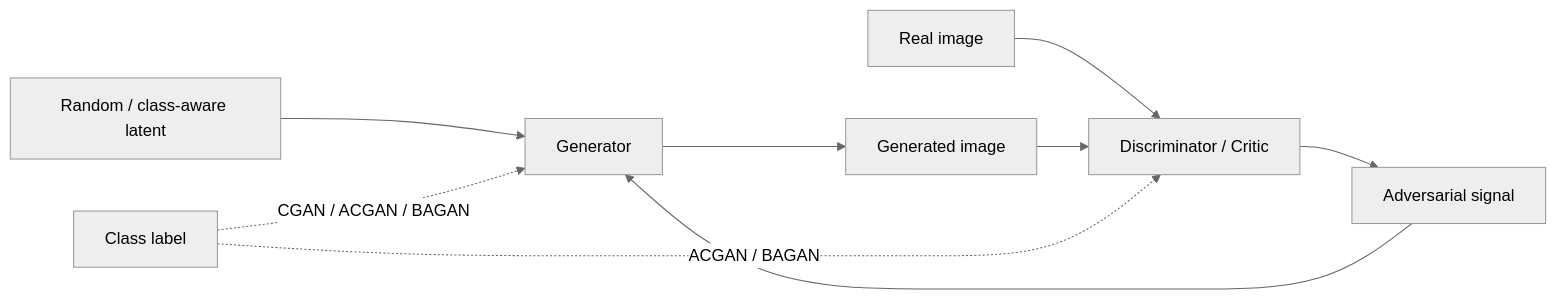
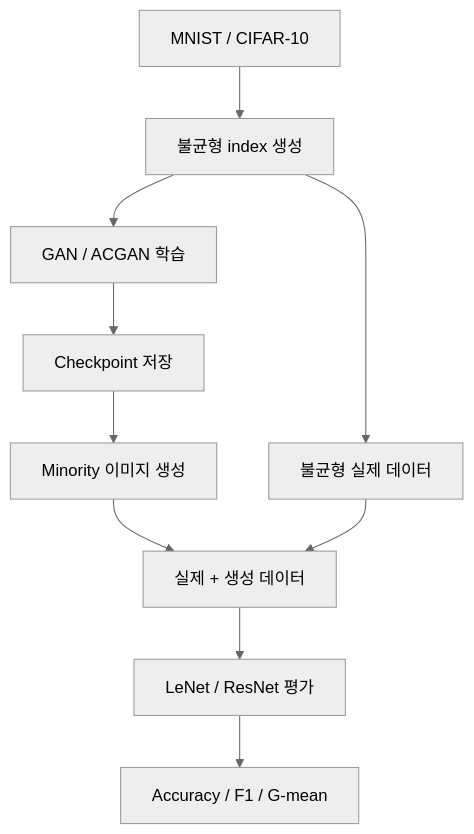
The third of 5 diagrams in README.md (DDohyeon2941/gan-for-imbalanced-image-data), drawn with Mermaid (neutral theme) before and after one commit. The commit also changed other lines of this file and 7 other files, not shown here.

````diff
--- a/README.md
+++ b/README.md
@@ -132,12 +69,12 @@
 ```mermaid
-flowchart LR
-    Z[Random / class-aware latent] --> G[Generator]
-    G --> XG[Generated image]
-    XR[Real image] --> D[Discriminator / Critic]
-    XG --> D
-    D --> ADV[Adversarial signal]
-    ADV --> G
-
-    Y[Class label] -. CGAN / ACGAN / BAGAN .-> G
-    Y -. ACGAN / BAGAN .-> D
+flowchart TD
+    D[MNIST / CIFAR-10] --> I[불균형 index 생성]
+    I --> T[GAN / ACGAN 학습]
+    T --> C[Checkpoint 저장]
+    C --> G[Minority 이미지 생성]
+    I --> R[불균형 실제 데이터]
+    G --> M[실제 + 생성 데이터]
+    R --> M
+    M --> E[LeNet / ResNet 평가]
+    E --> K[Accuracy / F1 / G-mean]
 ```
````
